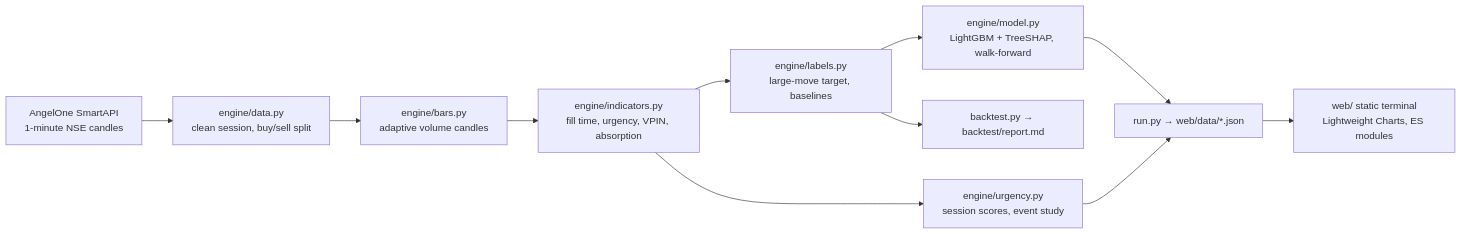
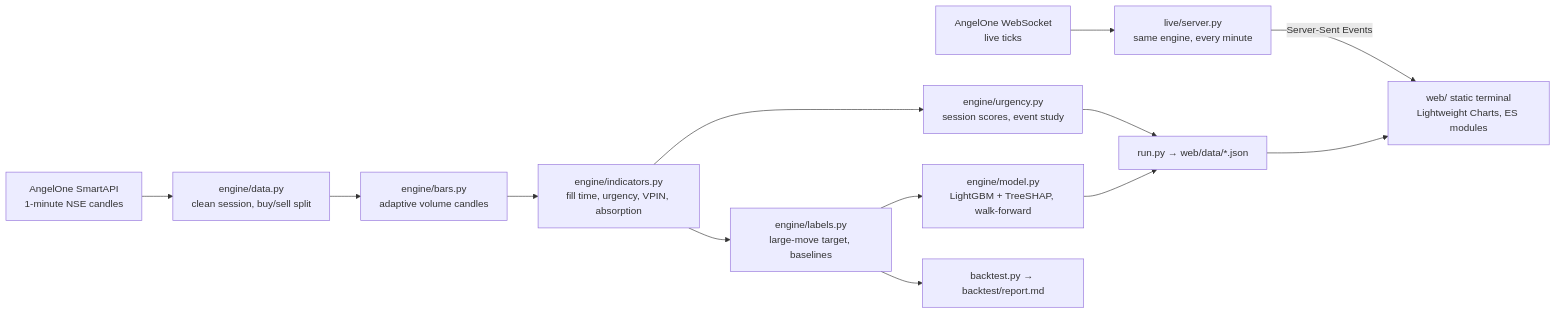
One commit to rhythmoflens007-byte/volumelens changed the diagram in README.md. Above: the diagram before and after it, drawn with Mermaid. The commit also changed other lines of this file and 2 other files, not shown here.

Commit message:
Docs: current backtest (11 stocks, 74 unseen sessions), quality gate, live mode, phone

````diff
--- a/README.md
+++ b/README.md
@@ -35,13 +38,14 @@
 ```mermaid
 flowchart LR
   A[AngelOne SmartAPI<br/>1-minute NSE candles] --> B[engine/data.py<br/>clean session, buy/sell split]
   B --> C[engine/bars.py<br/>adaptive volume candles]
   C --> D[engine/indicators.py<br/>fill time, urgency, VPIN, absorption]
   D --> E[engine/labels.py<br/>large-move target, baselines]
   E --> F[engine/model.py<br/>LightGBM + TreeSHAP, walk-forward]
   D --> G[engine/urgency.py<br/>session scores, event study]
   F --> H[run.py → web/data/*.json]
   G --> H
   H --> I[web/ static terminal<br/>Lightweight Charts, ES modules]
+  K[AngelOne WebSocket<br/>live ticks] --> L[live/server.py<br/>same engine, every minute] -->|Server-Sent Events| I
   E --> J[backtest.py → backtest/report.md]
 ```
````
